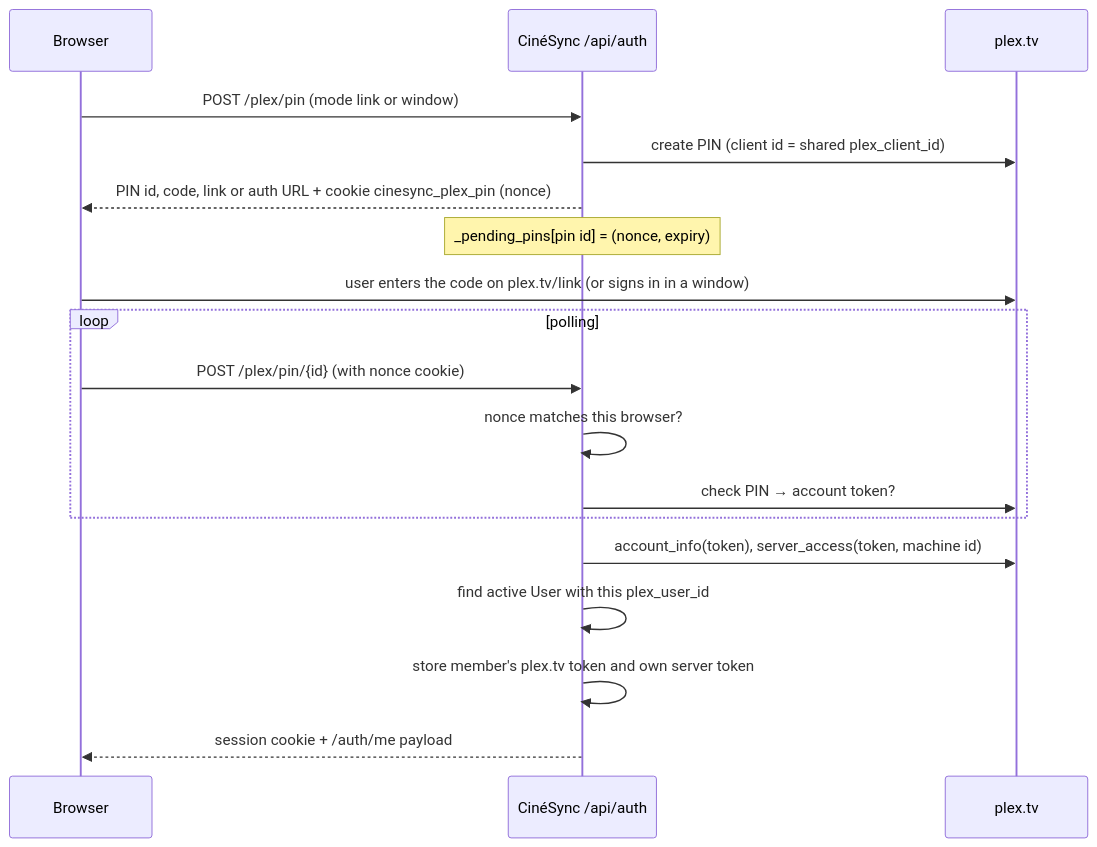
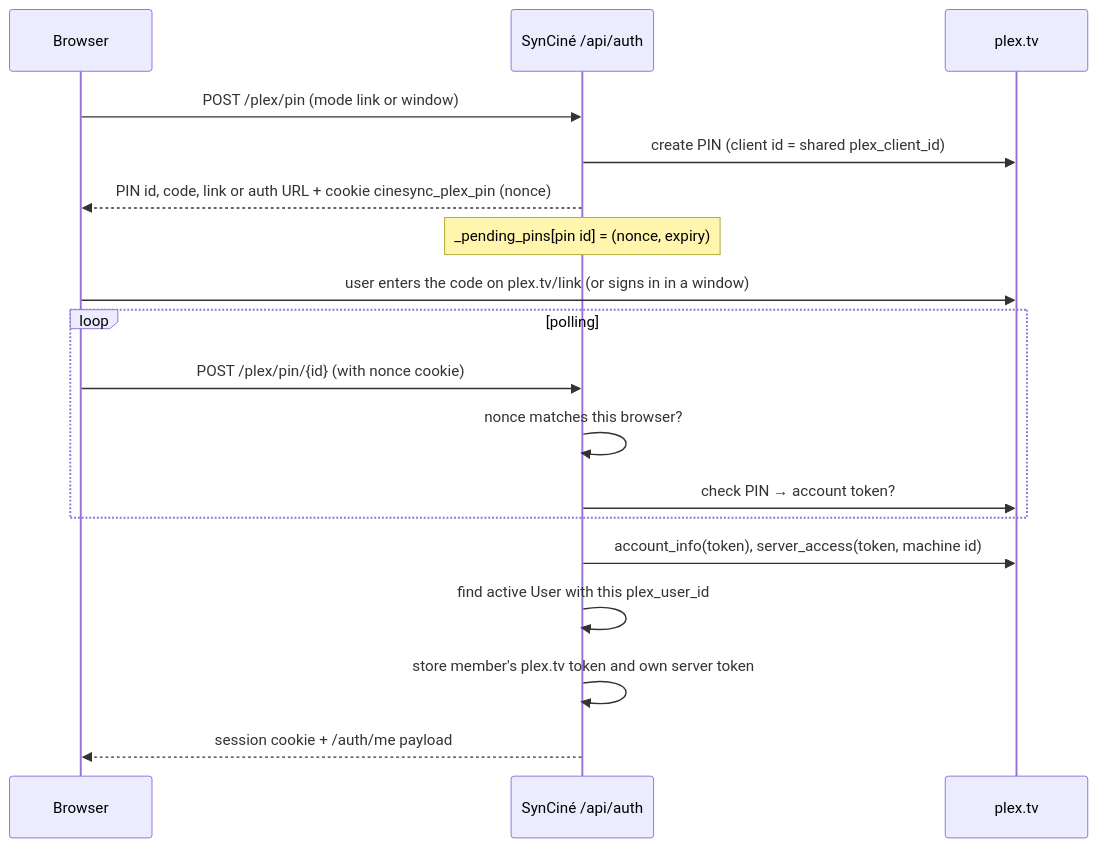
Before and after one commit to GauffrePierre/cinesync: the diagram in docs/wiki/06-accounts-and-security.md, drawn with Mermaid. The commit also changed other lines of this file and 133 other files, not shown here.

First line of the commit message:
SynCiné 1.1.0 : double authentification, sauvegardes automatiques, réglages Découverte, ouverture de la fiche dans l'app Plex sur iPhone et Android, correctifs de la revue de sécurité

````diff
--- a/docs/wiki/06-accounts-and-security.md
+++ b/docs/wiki/06-accounts-and-security.md
@@ -64,21 +78,21 @@
 ```mermaid
 sequenceDiagram
   participant B as Browser
-  participant A as CinéSync /api/auth
+  participant A as SynCiné /api/auth
   participant P as plex.tv
 
   B->>A: POST /plex/pin (mode link or window)
   A->>P: create PIN (client id = shared plex_client_id)
   A-->>B: PIN id, code, link or auth URL + cookie cinesync_plex_pin (nonce)
   Note over A: _pending_pins[pin id] = (nonce, expiry)
   B->>P: user enters the code on plex.tv/link (or signs in in a window)
   loop polling
     B->>A: POST /plex/pin/{id} (with nonce cookie)
     A->>A: nonce matches this browser?
     A->>P: check PIN → account token?
   end
   A->>P: account_info(token), server_access(token, machine id)
   A->>A: find active User with this plex_user_id
   A->>A: store member's plex.tv token and own server token
   A-->>B: session cookie + /auth/me payload
 ```
````
